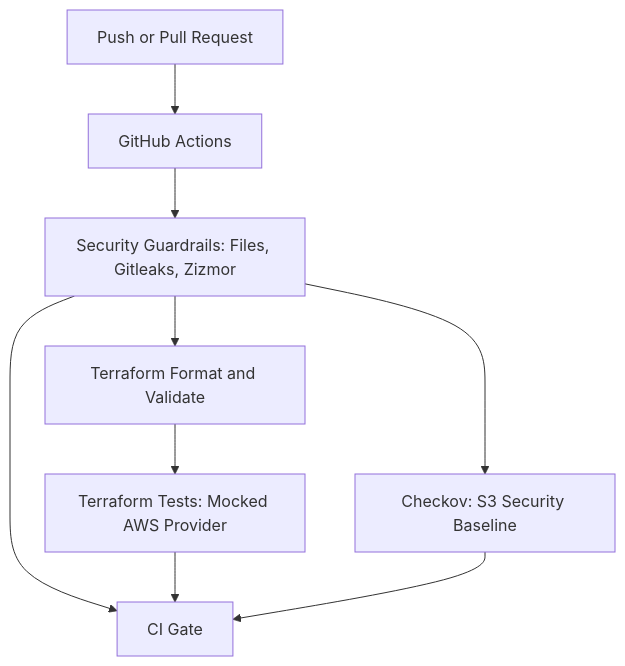
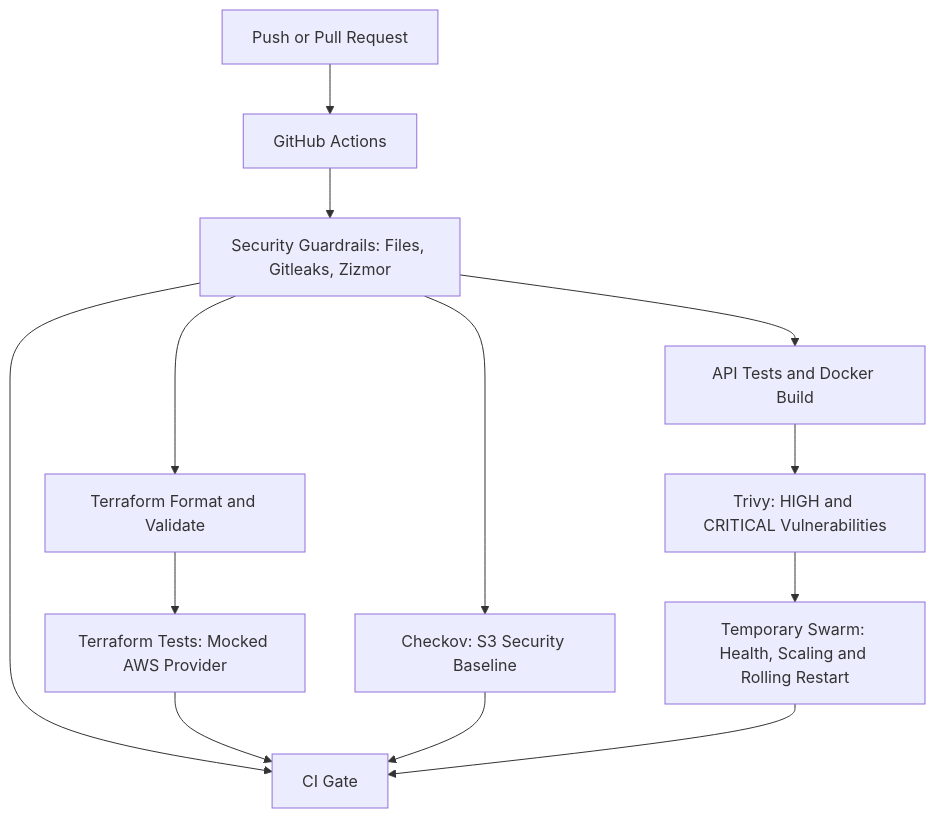
The diagram in README.md (MEduardaGoes/AWS-Infrastructure-Automation---Terraform-GitHub-Actions), drawn with Mermaid before and after one commit. The commit also changed other lines of this file and 10 other files, not shown here.

Commit message:
feat: add Docker Swarm lab with Trivy scans and deployment tests

````diff
--- a/README.md
+++ b/README.md
@@ -22,11 +23,15 @@
 ```mermaid
 flowchart TD
     A[Push or Pull Request] --> B[GitHub Actions]
     B --> G[Security Guardrails: Files, Gitleaks, Zizmor]
     G --> C[Terraform Format and Validate]
     C --> D[Terraform Tests: Mocked AWS Provider]
     G --> E[Checkov: S3 Security Baseline]
+    G --> H[API Tests and Docker Build]
+    H --> I[Trivy: HIGH and CRITICAL Vulnerabilities]
+    I --> J[Temporary Swarm: Health, Scaling and Rolling Restart]
     G --> F[CI Gate]
     D --> F
     E --> F
+    J --> F
 ```
````
